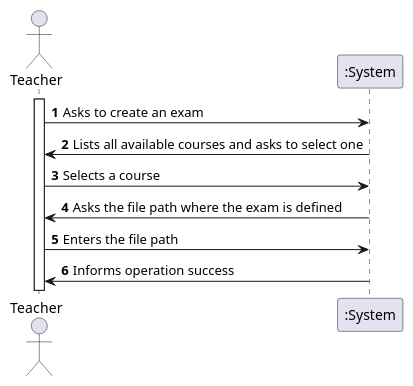
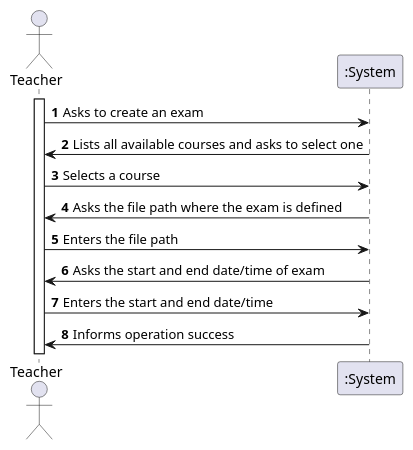
The diagram in docs/sprint-b/us19-2001/US2001_SSD.puml (miseEnPlace-dev/lapr4), drawn with PlantUML before and after one commit. The commit also changed 2 other files, not shown here.

```diff
--- a/docs/sprint-b/us19-2001/US2001_SSD.puml
+++ b/docs/sprint-b/us19-2001/US2001_SSD.puml
@@ -1,16 +1,18 @@
 @startuml US2001_SSD
 autonumber
 
 actor "Teacher" as teacher
 participant ":System" as system
 
 activate teacher
 
 teacher -> system : Asks to create an exam
 system -> teacher : Lists all available courses and asks to select one
 teacher -> system : Selects a course
 system -> teacher : Asks the file path where the exam is defined
 teacher -> system : Enters the file path
+system -> teacher : Asks the start and end date/time of exam
+teacher -> system : Enters the start and end date/time
 system -> teacher : Informs operation success
 
 @enduml
```
